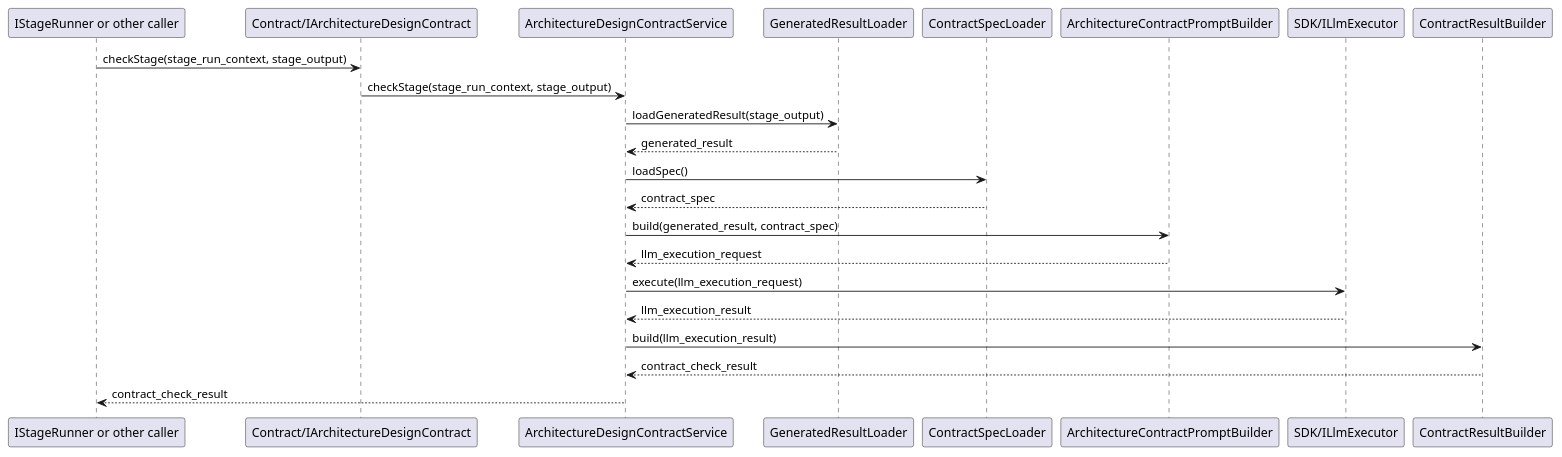
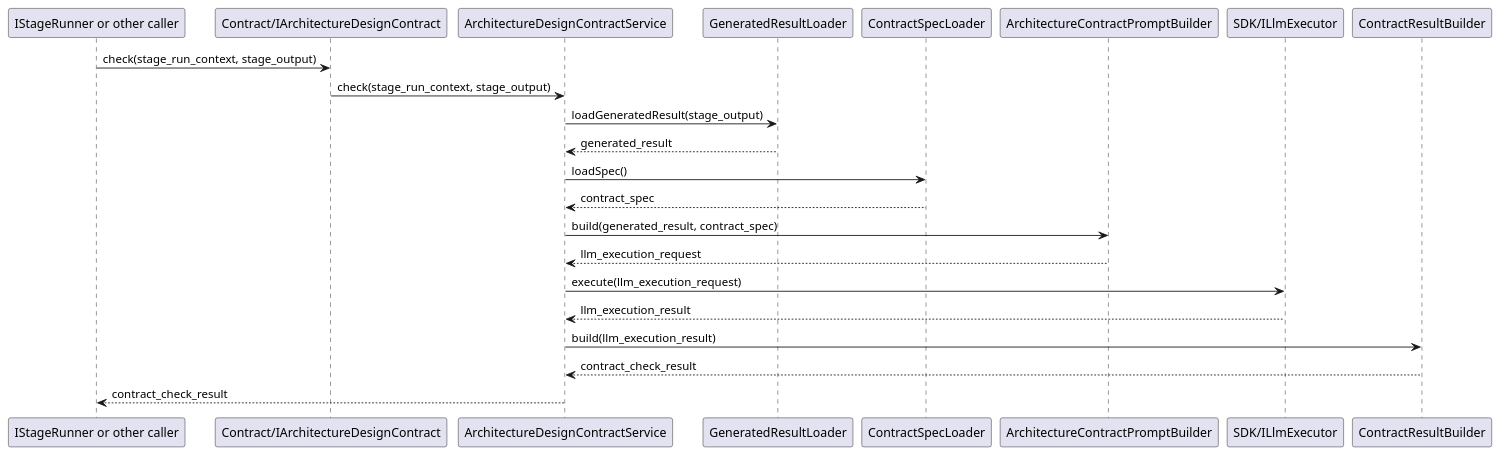
Before and after one commit to lucky-chen/ai_workflow_travel: the second of 2 diagrams in meta_layer/docs/design_docs/Contract/ArchitectureDesignContract.md, drawn with PlantUML. The commit also changed other lines of this file and 18 other files, not shown here.

````diff
--- a/meta_layer/docs/design_docs/Contract/ArchitectureDesignContract.md
+++ b/meta_layer/docs/design_docs/Contract/ArchitectureDesignContract.md
@@ -156,26 +156,26 @@
 ```plantuml
 @startuml
 participant Caller as "IStageRunner or other caller"
 participant IArchitectureDesignContract as "Contract/IArchitectureDesignContract"
 participant ArchitectureDesignContractService
 participant GeneratedResultLoader
 participant ContractSpecLoader
 participant ArchitectureContractPromptBuilder
 participant ILlmExecutor as "SDK/ILlmExecutor"
 participant ContractResultBuilder
 
-Caller -> IArchitectureDesignContract: checkStage(stage_run_context, stage_output)
-IArchitectureDesignContract -> ArchitectureDesignContractService: checkStage(stage_run_context, stage_output)
+Caller -> IArchitectureDesignContract: check(stage_run_context, stage_output)
+IArchitectureDesignContract -> ArchitectureDesignContractService: check(stage_run_context, stage_output)
 ArchitectureDesignContractService -> GeneratedResultLoader: loadGeneratedResult(stage_output)
 GeneratedResultLoader --> ArchitectureDesignContractService: generated_result
 ArchitectureDesignContractService -> ContractSpecLoader: loadSpec()
 ContractSpecLoader --> ArchitectureDesignContractService: contract_spec
 ArchitectureDesignContractService -> ArchitectureContractPromptBuilder: build(generated_result, contract_spec)
 ArchitectureContractPromptBuilder --> ArchitectureDesignContractService: llm_execution_request
 ArchitectureDesignContractService -> ILlmExecutor: execute(llm_execution_request)
 ILlmExecutor --> ArchitectureDesignContractService: llm_execution_result
 ArchitectureDesignContractService -> ContractResultBuilder: build(llm_execution_result)
 ContractResultBuilder --> ArchitectureDesignContractService: contract_check_result
 ArchitectureDesignContractService --> Caller: contract_check_result
 @enduml
 ```
````
